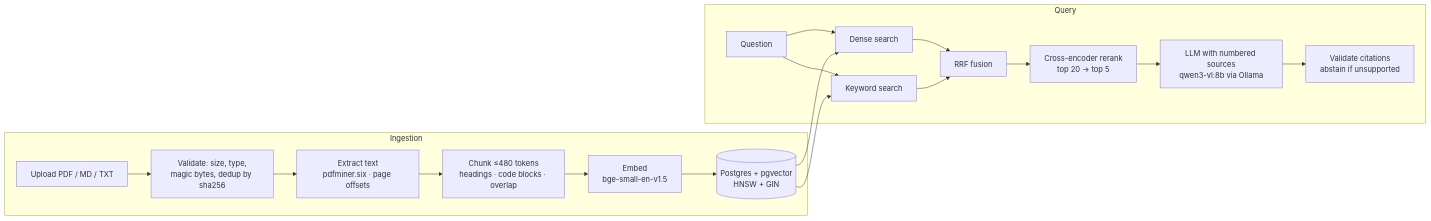
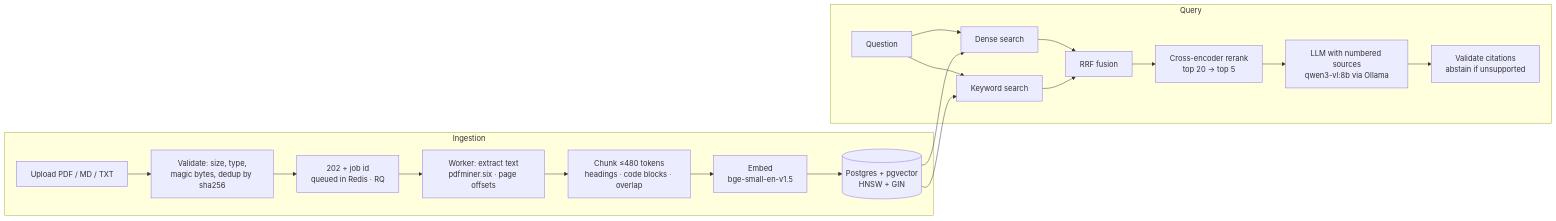
The diagram in README.md (shahriarkabir280/evidrix), drawn with Mermaid before and after one commit. The commit also changed other lines of this file and 24 other files, not shown here.

First line of the commit message:
Process uploads in a background worker with Redis and RQ

````diff
--- a/README.md
+++ b/README.md
@@ -71,21 +71,22 @@
 ```mermaid
 flowchart LR
     subgraph Ingestion
         U[Upload PDF / MD / TXT] --> V[Validate: size, type,<br/>magic bytes, dedup by sha256]
-        V --> X[Extract text<br/>pdfminer.six · page offsets]
+        V --> J[202 + job id<br/>queued in Redis · RQ]
+        J --> X[Worker: extract text<br/>pdfminer.six · page offsets]
         X --> C[Chunk ≤480 tokens<br/>headings · code blocks · overlap]
         C --> E[Embed<br/>bge-small-en-v1.5]
         E --> DB[(Postgres + pgvector<br/>HNSW + GIN)]
     end
     subgraph Query
         Q[Question] --> D[Dense search]
         Q --> K[Keyword search]
         D --> F[RRF fusion]
         K --> F
         F --> R[Cross-encoder rerank<br/>top 20 → top 5]
         R --> G[LLM with numbered sources<br/>qwen3-vl:8b via Ollama]
         G --> CV[Validate citations<br/>abstain if unsupported]
     end
     DB --> D
     DB --> K
 ```
````
